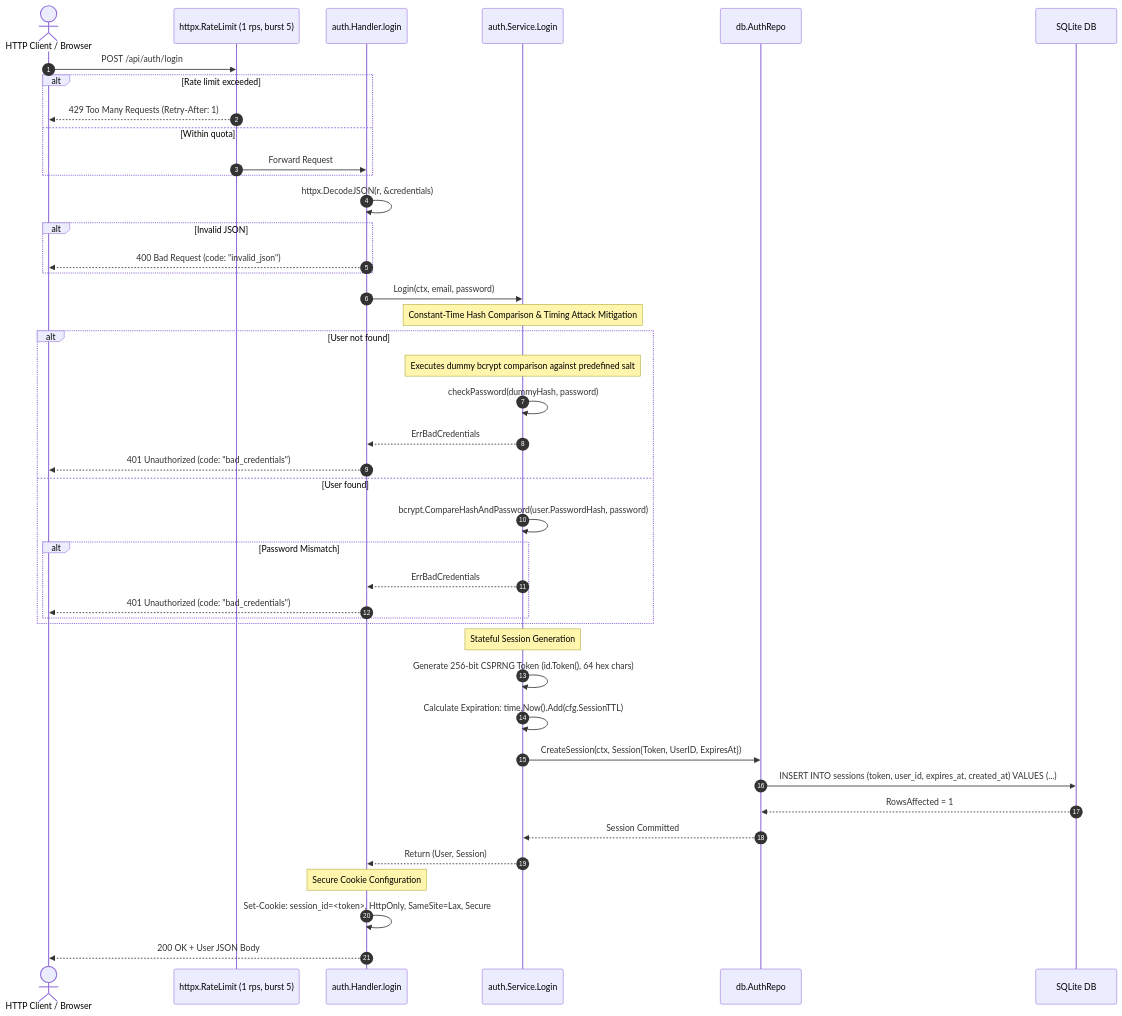
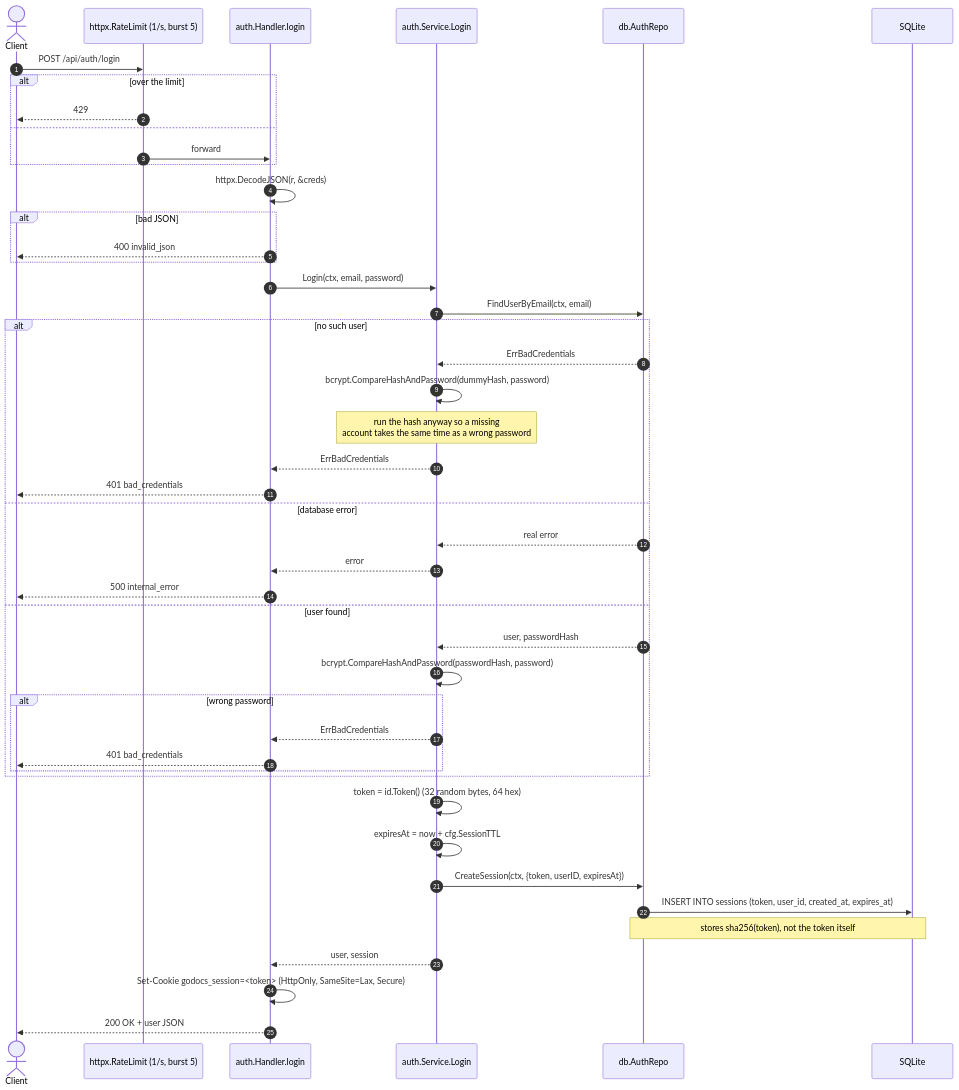
The diagram in resources/flow/auth_login.md (nhhthong/godocs), drawn with Mermaid before and after one commit. The commit also changed other lines of this file and 28 other files, not shown here.

````diff
--- a/resources/flow/auth_login.md
+++ b/resources/flow/auth_login.md
@@ -42,52 +44,54 @@
 ```mermaid
 sequenceDiagram
     autonumber
-    actor Client as HTTP Client / Browser
-    participant RateLimit as httpx.RateLimit (1 rps, burst 5)
-    participant Handler as auth.Handler.login
-    participant Svc as auth.Service.Login
-    participant Repo as db.AuthRepo
-    participant DB as SQLite DB
+    actor Client
+    participant RL as httpx.RateLimit (1/s, burst 5)
+    participant H as auth.Handler.login
+    participant S as auth.Service.Login
+    participant R as db.AuthRepo
+    participant DB as SQLite
 
-    Client->>RateLimit: POST /api/auth/login
-    alt Rate limit exceeded
-        RateLimit-->>Client: 429 Too Many Requests (Retry-After: 1)
-    else Within quota
-        RateLimit->>Handler: Forward Request
+    Client->>RL: POST /api/auth/login
+    alt over the limit
+        RL-->>Client: 429
+    else
+        RL->>H: forward
     end
 
-    Handler->>Handler: httpx.DecodeJSON(r, &credentials)
-    alt Invalid JSON
-        Handler-->>Client: 400 Bad Request (code: "invalid_json")
+    H->>H: httpx.DecodeJSON(r, &creds)
+    alt bad JSON
+        H-->>Client: 400 invalid_json
     end
 
-    Handler->>Svc: Login(ctx, email, password)
+    H->>S: Login(ctx, email, password)
+    S->>R: FindUserByEmail(ctx, email)
 
-    Note over Svc: Constant-Time Hash Comparison & Timing Attack Mitigation
-    alt User not found
-        Note over Svc: Executes dummy bcrypt comparison against predefined salt
-        Svc->>Svc: checkPassword(dummyHash, password)
-        Svc-->>Handler: ErrBadCredentials
-        Handler-->>Client: 401 Unauthorized (code: "bad_credentials")
-    else User found
-        Svc->>Svc: bcrypt.CompareHashAndPassword(user.PasswordHash, password)
-        alt Password Mismatch
-            Svc-->>Handler: ErrBadCredentials
-            Handler-->>Client: 401 Unauthorized (code: "bad_credentials")
+    alt no such user
+        R-->>S: ErrBadCredentials
+        S->>S: bcrypt.CompareHashAndPassword(dummyHash, password)
+        Note over S: run the hash anyway so a missing<br/>account takes the same time as a wrong password
+        S-->>H: ErrBadCredentials
+        H-->>Client: 401 bad_credentials
+    else database error
+        R-->>S: real error
+        S-->>H: error
+        H-->>Client: 500 internal_error
+    else user found
+        R-->>S: user, passwordHash
+        S->>S: bcrypt.CompareHashAndPassword(passwordHash, password)
+        alt wrong password
+            S-->>H: ErrBadCredentials
+            H-->>Client: 401 bad_credentials
         end
     end
 
-    Note over Svc: Stateful Session Generation
-    Svc->>Svc: Generate 256-bit CSPRNG Token (id.Token(), 64 hex chars)
-    Svc->>Svc: Calculate Expiration: time.Now().Add(cfg.SessionTTL)
-    Svc->>Repo: CreateSession(ctx, Session{Token, UserID, ExpiresAt})
-    Repo->>DB: INSERT INTO sessions (token, user_id, expires_at, created_at) VALUES (...)
-    DB-->>Repo: RowsAffected = 1
+    S->>S: token = id.Token() (32 random bytes, 64 hex)
+    S->>S: expiresAt = now + cfg.SessionTTL
+    S->>R: CreateSession(ctx, {token, userID, expiresAt})
+    R->>DB: INSERT INTO sessions (token, user_id, created_at, expires_at)
+    Note over R,DB: stores sha256(token), not the token itself
 
-    Repo-->>Svc: Session Committed
-    Svc-->>Handler: Return (User, Session)
-
-    Note over Handler: Secure Cookie Configuration
-    Handler->>Handler: Set-Cookie: session_id=<token>, HttpOnly, SameSite=Lax, Secure
-    Handler-->>Client: 200 OK + User JSON Body
+    S-->>H: user, session
+    H->>H: Set-Cookie godocs_session=<token> (HttpOnly, SameSite=Lax, Secure)
+    H-->>Client: 200 OK + user JSON
 ```
````
